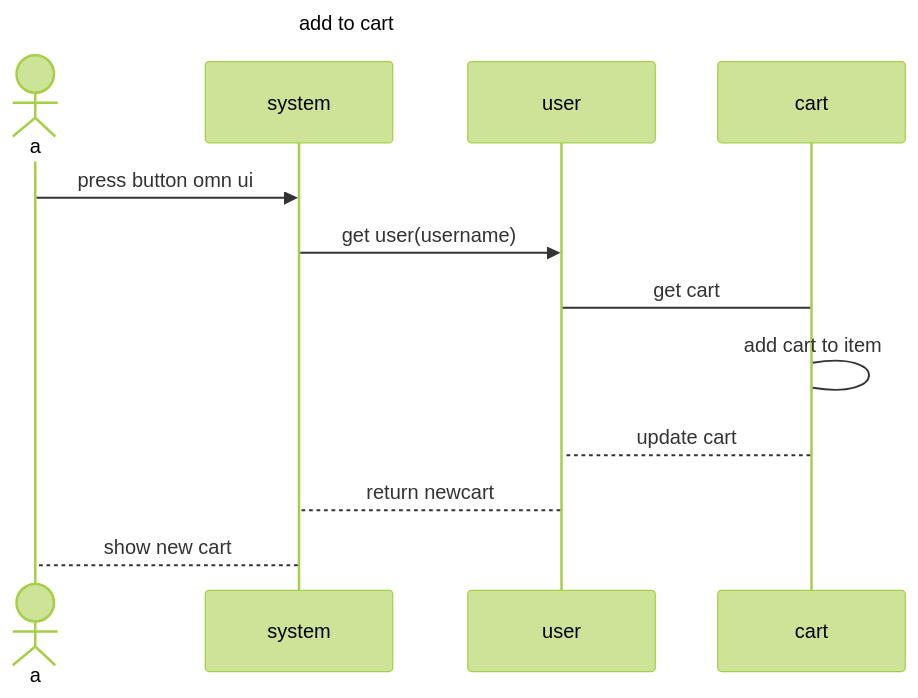
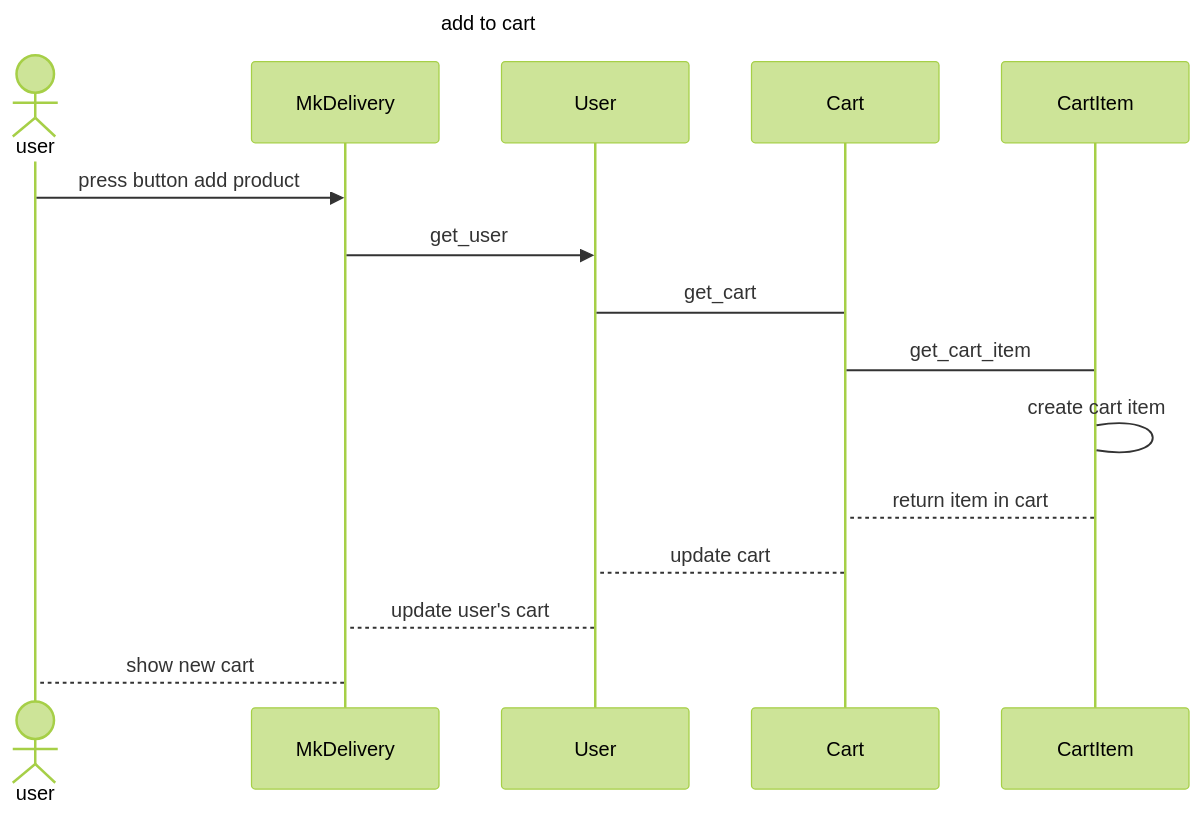
The diagram in sequence_diag/cart/add_to_cart.mmd (MxMhx/OOP_Project_MK_website), drawn with Mermaid (forest theme) before and after one commit. The commit also changed 1 other file, not shown here.

Commit message:
fix sq add to cart

```diff
--- a/sequence_diag/cart/add_to_cart.mmd
+++ b/sequence_diag/cart/add_to_cart.mmd
@@ -1,13 +1,16 @@
 sequenceDiagram
     title add to cart 
-    actor a 
-    participant system
-    participant user
-    participant cart 
-    a ->> system :press button omn ui
-    system ->> user:get user(username)
-    user -> cart: get cart 
-    cart -> cart :add cart to item
-    cart --> user: update cart 
-    user --> system: return newcart 
-    system --> a :show new cart 
+    actor user
+    participant MkDelivery
+    participant User
+    participant Cart 
+    participant CartItem
+    user ->> MkDelivery :press button add product
+    MkDelivery ->> User:get_user
+    User -> Cart: get_cart
+    Cart -> CartItem:get_cart_item 
+    CartItem -> CartItem :create cart item
+    CartItem --> Cart: return item in cart 
+    Cart --> User: update cart
+    User --> MkDelivery :update user's cart
+    MkDelivery --> user:show new cart
```
